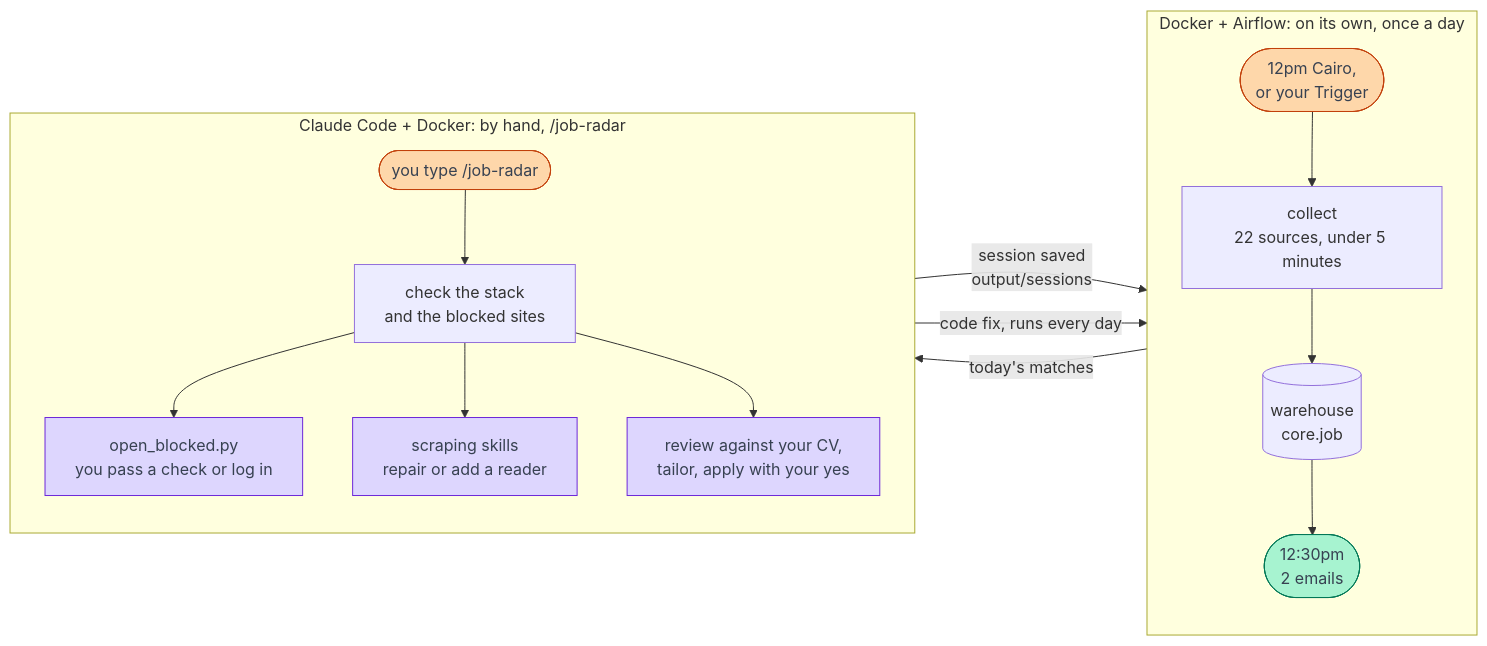
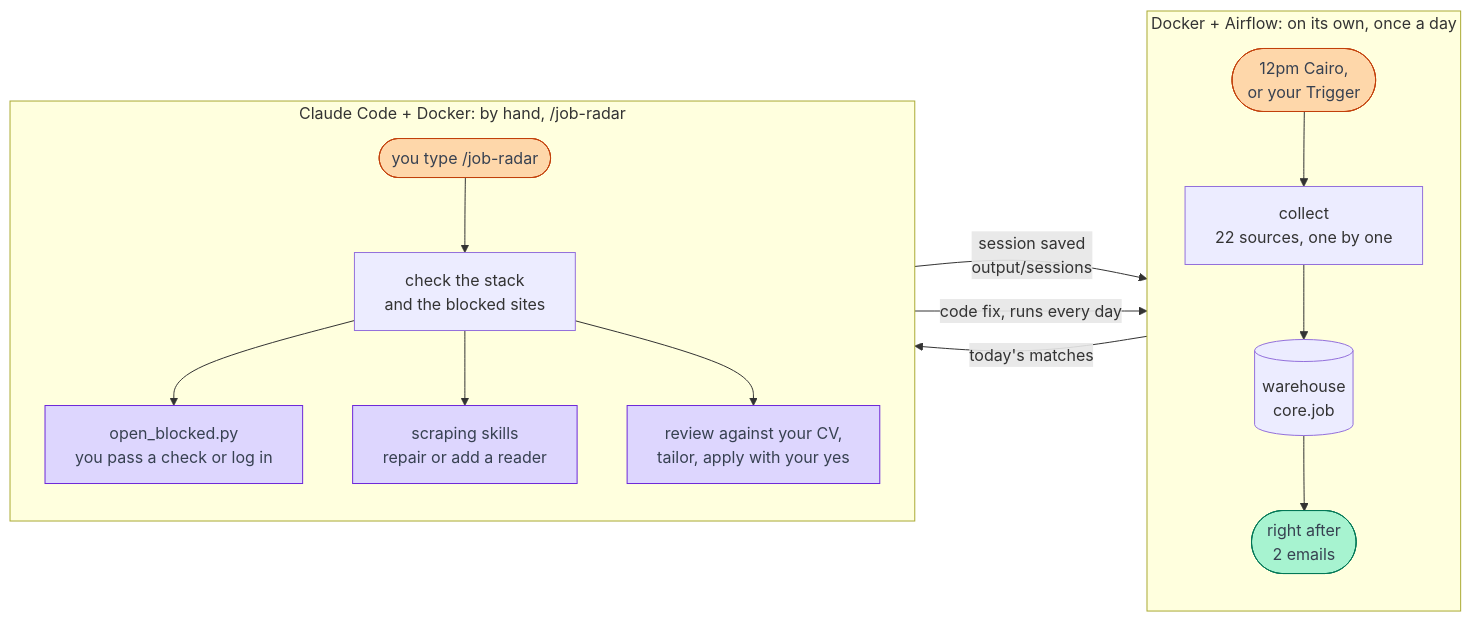
One commit to omarshalabyy1/job-radar changed the first of 4 diagrams in docs/architecture.md. Above: the diagram before and after it, drawn with Mermaid. The commit also changed other lines of this file and 17 other files, not shown here.

````diff
--- a/docs/architecture.md
+++ b/docs/architecture.md
@@ -15,25 +15,25 @@
 ```mermaid
 %% flowchart: the two ways to run job-radar, and how they feed each other
 %% 1 Docker + Airflow on its own once a day | 2 Claude Code + Docker by hand (/job-radar)
 flowchart LR
     subgraph auto["Docker + Airflow: on its own, once a day"]
         direction TB
-        noon(["12pm Cairo,<br>or your Trigger"]):::trigger --> collect["collect<br>22 sources, under 5 minutes"]
+        noon(["12pm Cairo,<br>or your Trigger"]):::trigger --> collect["collect<br>22 sources, one by one"]
         collect --> warehouse[("warehouse<br>core.job")]
-        warehouse --> mails(["12:30pm<br>2 emails"]):::success
+        warehouse --> mails(["right after<br>2 emails"]):::success
     end
     subgraph hand["Claude Code + Docker: by hand, /job-radar"]
         direction TB
         you(["you type /job-radar"]):::trigger --> check["check the stack<br>and the blocked sites"]
         check --> unlock["open_blocked.py<br>you pass a check or log in"]:::ai
         check --> repair["scraping skills<br>repair or add a reader"]:::ai
         check --> review["review against your CV,<br>tailor, apply with your yes"]:::ai
     end
     unlock -->|"session saved<br>output/sessions"| collect
     repair -->|"code fix, runs every day"| collect
     warehouse -->|"today's matches"| review
 
     classDef trigger fill:#fed7aa,stroke:#c2410c,color:#374151
     classDef success fill:#a7f3d0,stroke:#047857,color:#374151
     classDef ai fill:#ddd6fe,stroke:#6d28d9,color:#374151
 ```
````
